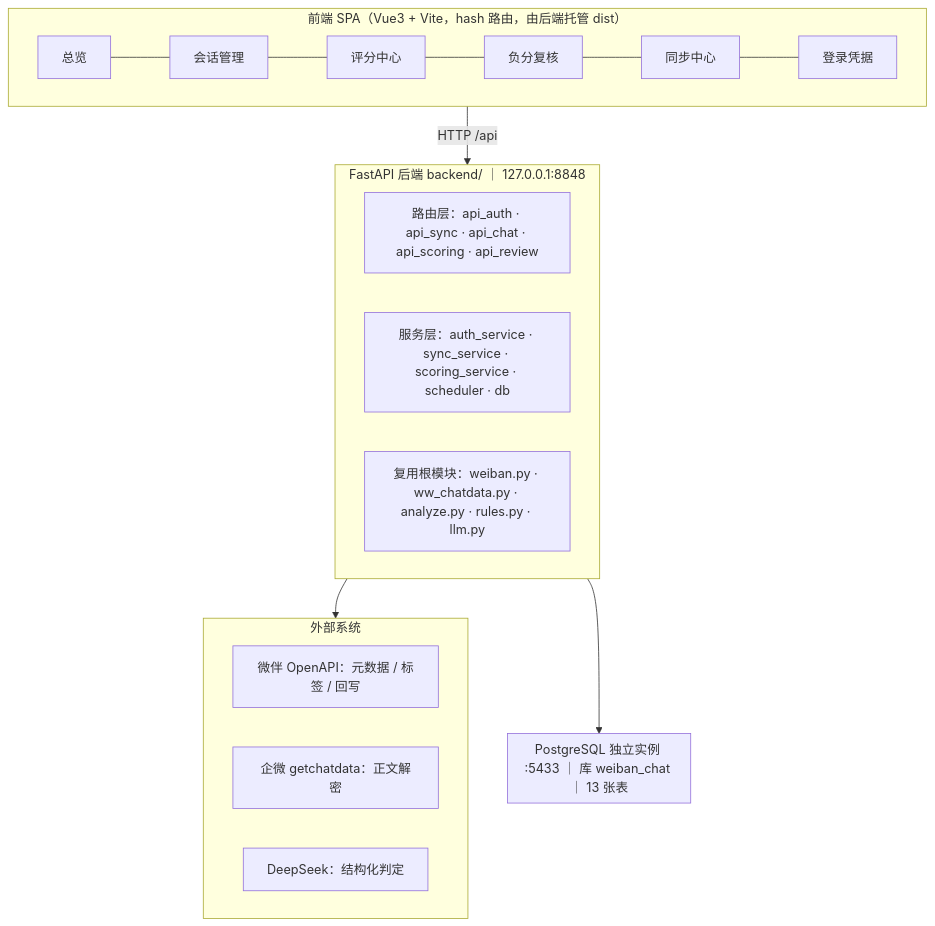
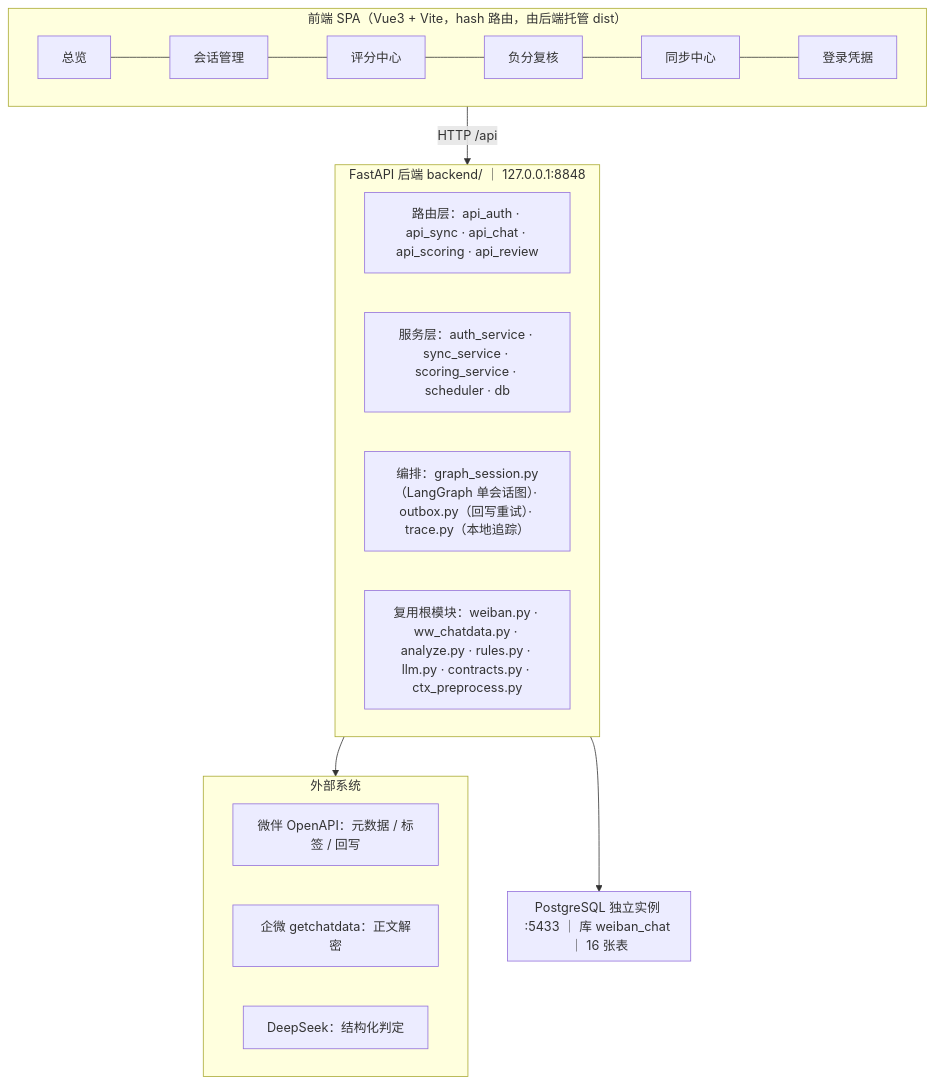
One commit to fanzhangvip/workbuddy changed the first of 5 diagrams in kechengdemo/客户意向评分_架构设计说明书.md. Above: the diagram before and after it, drawn with Mermaid. The commit also changed other lines of this file and 37 other files, not shown here.

````diff
--- a/kechengdemo/客户意向评分_架构设计说明书.md
+++ b/kechengdemo/客户意向评分_架构设计说明书.md
@@ -68,22 +91,23 @@
 ```mermaid
 flowchart TB
   subgraph FE["前端 SPA（Vue3 + Vite，hash 路由，由后端托管 dist）"]
     direction LR
     P1[总览] --- P2[会话管理] --- P3[评分中心] --- P4[负分复核] --- P5[同步中心] --- P6[登录凭据]
   end
   subgraph BE["FastAPI 后端 backend/ ｜ 127.0.0.1:8848"]
     R["路由层：api_auth · api_sync · api_chat · api_scoring · api_review"]
     S["服务层：auth_service · sync_service · scoring_service · scheduler · db"]
-    M["复用根模块：weiban.py · ww_chatdata.py · analyze.py · rules.py · llm.py"]
+    G["编排：graph_session.py（LangGraph 单会话图）· outbox.py（回写重试）· trace.py（本地追踪）"]
+    M["复用根模块：weiban.py · ww_chatdata.py · analyze.py · rules.py · llm.py · contracts.py · ctx_preprocess.py"]
   end
   subgraph EXT["外部系统"]
     X1[微伴 OpenAPI：元数据 / 标签 / 回写]
     X2[企微 getchatdata：正文解密]
     X3[DeepSeek：结构化判定]
   end
-  subgraph DB["PostgreSQL 独立实例 :5433 ｜ 库 weiban_chat ｜ 13 张表"]
+  subgraph DB["PostgreSQL 独立实例 :5433 ｜ 库 weiban_chat ｜ 16 张表"]
   end
   FE -->|HTTP /api| BE
   BE --> EXT
   BE --> DB
 ```
````
